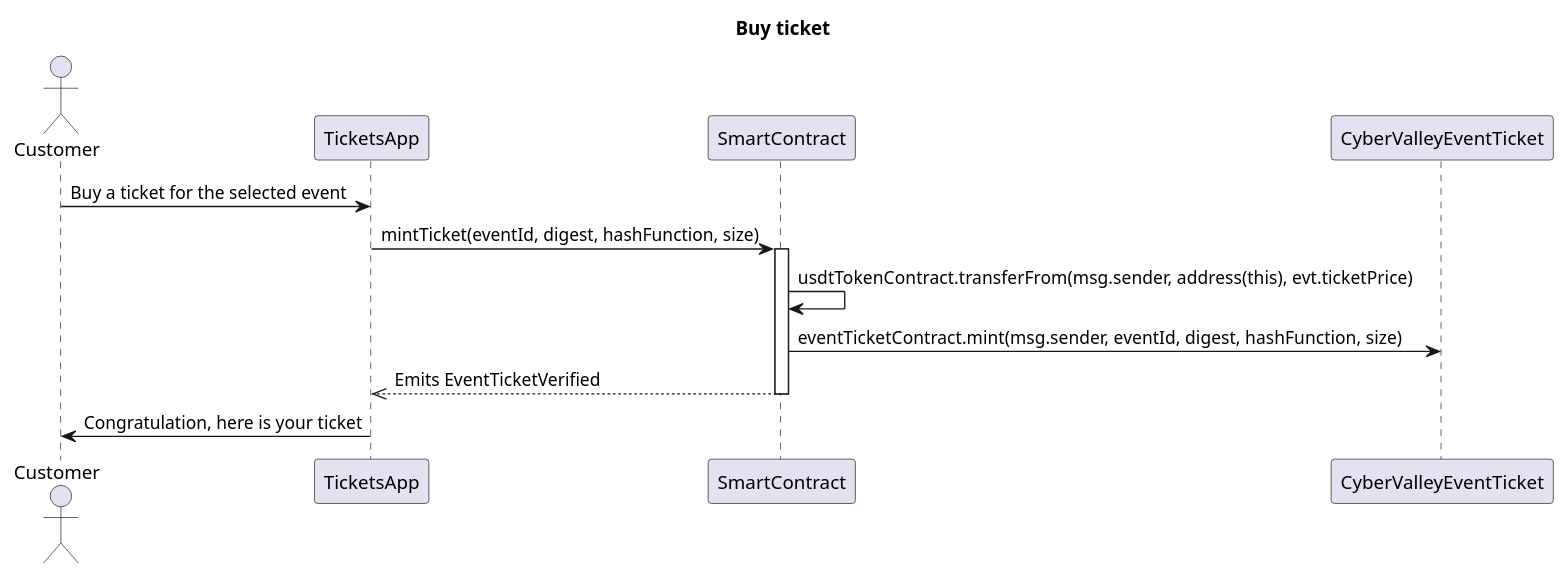
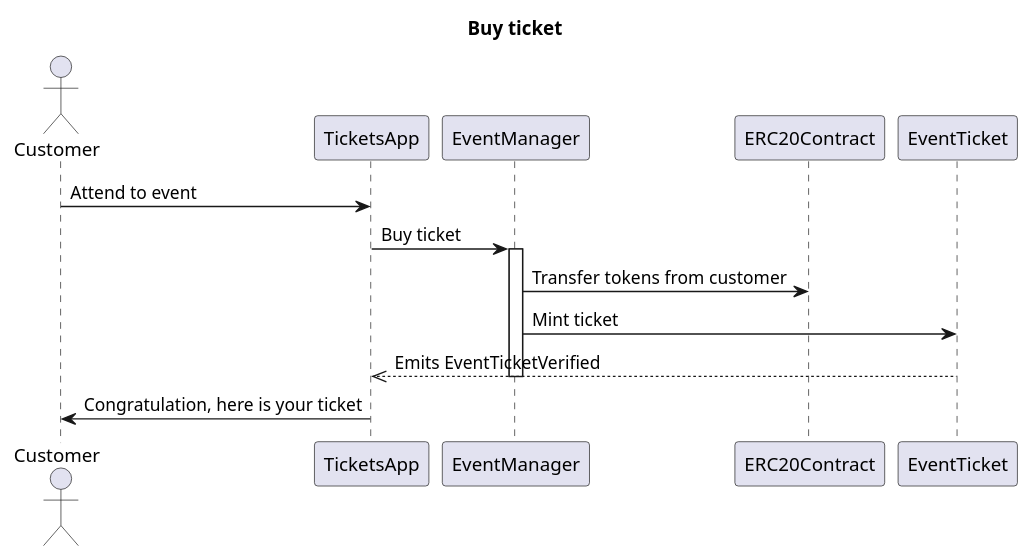
Before and after one commit to ai-shift/cyber-valley-tickets: diagram 12 of 24 in README.org, drawn with PlantUML. The commit also changed other lines of this file and 20 other files, not shown here.

Commit message:
fix: Actualize diagrams

```diff
--- a/README.org
+++ b/README.org
@@ -323,17 +331,18 @@
 #+begin_src plantuml :file ./img/v1-buy-ticket.png
 title Buy ticket
 
 actor Customer
 participant TicketsApp
-participant SmartContract
-participant CyberValleyEventTicket
+participant EventManager
+participant ERC20Contract
+participant EventTicket
 
-Customer -> TicketsApp: Buy a ticket for the selected event
-TicketsApp -> SmartContract: mintTicket(eventId, digest, hashFunction, size)
-activate SmartContract
-SmartContract -> SmartContract: usdtTokenContract.transferFrom(msg.sender, address(this), evt.ticketPrice)
-SmartContract -> CyberValleyEventTicket: eventTicketContract.mint(msg.sender, eventId, digest, hashFunction, size)
-SmartContract -->> TicketsApp: Emits EventTicketVerified
-deactivate SmartContract
+Customer -> TicketsApp: Attend to event
+TicketsApp -> EventManager: Buy ticket
+activate EventManager
+EventManager -> ERC20Contract: Transfer tokens from customer
+EventManager -> EventTicket: Mint ticket
+EventTicket -->> TicketsApp: Emits EventTicketVerified
+deactivate EventManager
 TicketsApp -> Customer: Congratulation, here is your ticket
 #+end_src
```
